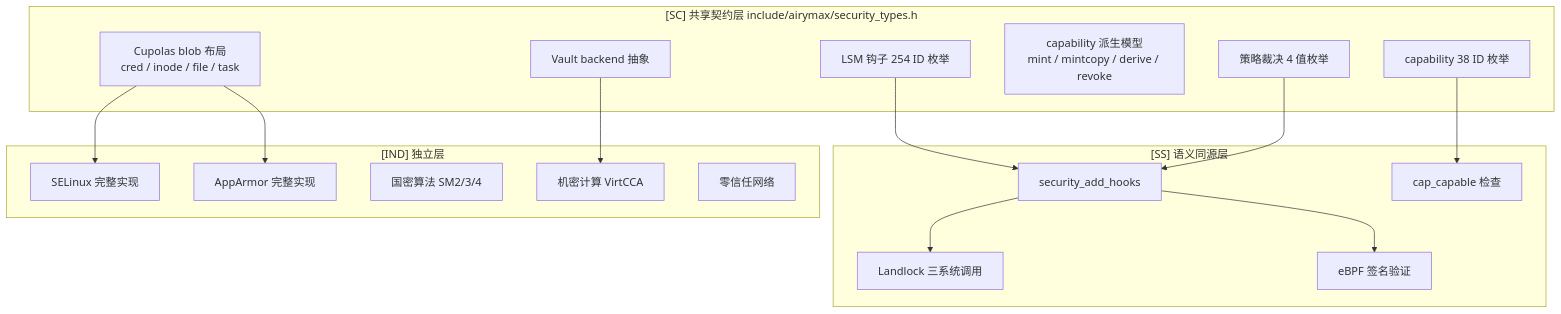
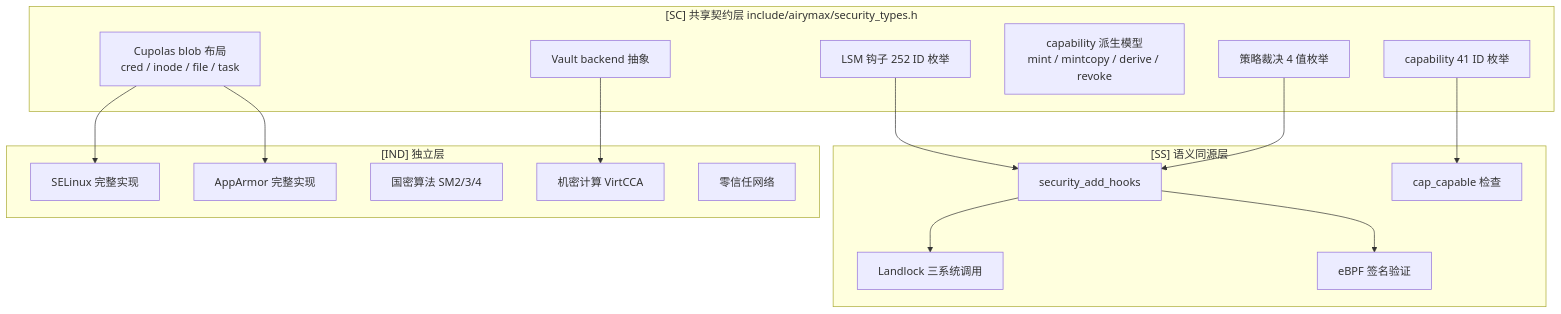
Before and after one commit to openairymax/docs-linux: the first of 2 diagrams in 20-modules/03-security.md, drawn with Mermaid. The commit also changed other lines of this file and 132 other files, not shown here.

````diff
--- a/20-modules/03-security.md
+++ b/20-modules/03-security.md
@@ -171,32 +171,32 @@
 ```mermaid
 graph TD
     subgraph SC["[SC] 共享契约层 include/airymax/security_types.h"]
-        CAP[capability 38 ID 枚举]
-        LSM[LSM 钩子 254 ID 枚举]
+        CAP[capability 41 ID 枚举]
+        LSM[LSM 钩子 252 ID 枚举]
         BLOB[Cupolas blob 布局<br/>cred / inode / file / task]
         DERIVE[capability 派生模型<br/>mint / mintcopy / derive / revoke]
         VAULT[Vault backend 抽象]
         VERDICT[策略裁决 4 值枚举]
     end
     subgraph SS["[SS] 语义同源层"]
         SECHOOKS[security_add_hooks]
         LANDLOCK[Landlock 三系统调用]
         EBPFSIGN[eBPF 签名验证]
         CAPCHECK[cap_capable 检查]
     end
     subgraph IND["[IND] 独立层"]
         SELINUX[SELinux 完整实现]
         APPARMOR[AppArmor 完整实现]
         CRYPTO[国密算法 SM2/3/4]
         CONFCOMP[机密计算 VirtCCA]
         ZEROTRUST[零信任网络]
     end
     CAP --> CAPCHECK
     LSM --> SECHOOKS
     BLOB --> SELINUX
     BLOB --> APPARMOR
     VAULT --> CONFCOMP
     VERDICT --> SECHOOKS
     SECHOOKS --> LANDLOCK
     SECHOOKS --> EBPFSIGN
 ```
````
